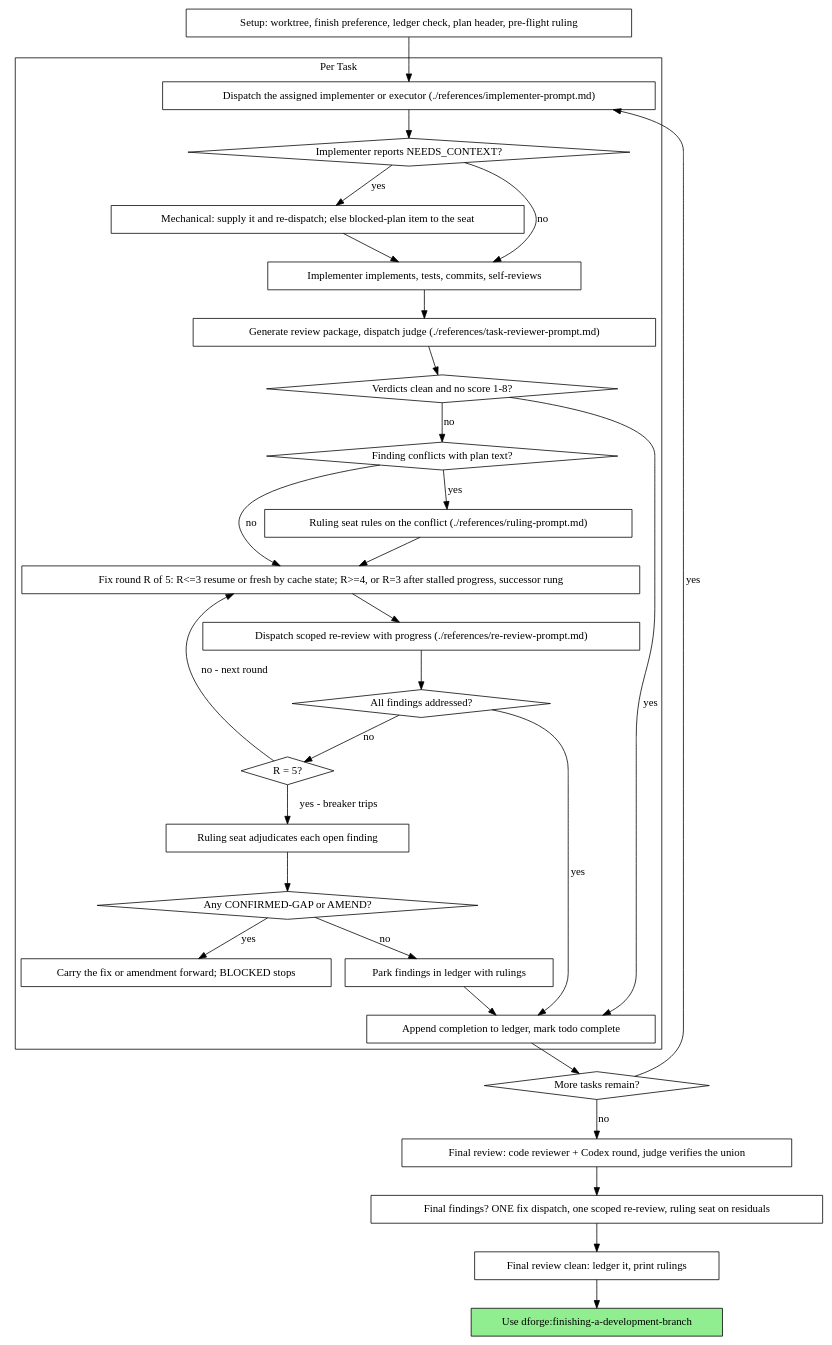
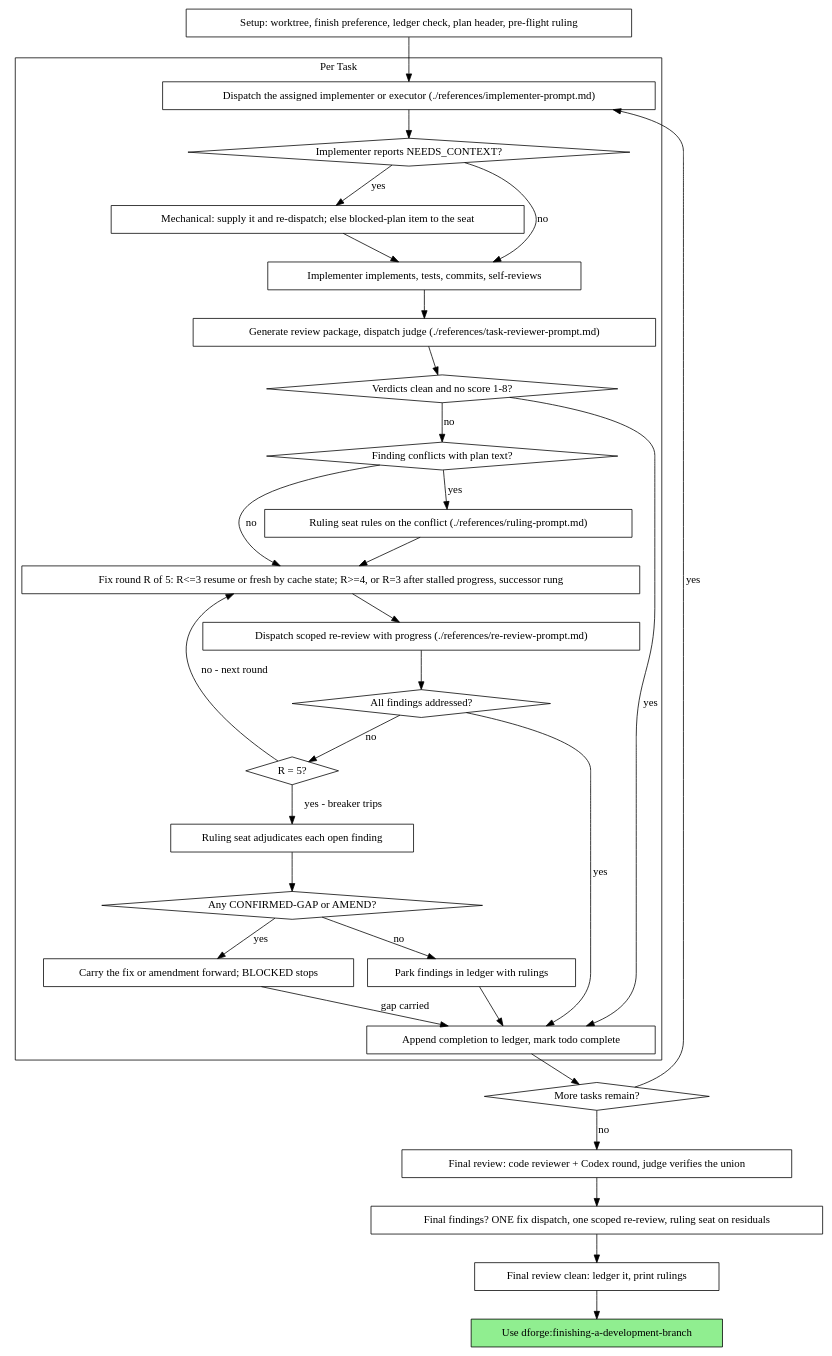
The diagram in plugins/dforge/skills/subagent-driven-development/SKILL.md (darkraise/darkraise-ai-plugins), drawn with Graphviz before and after one commit. The commit also changed 2 other files, not shown here.

Commit message:
docs(dforge): complete a task whose gap is carried
The flow graph had no edge from carrying a breaker gap forward to the
task's completion, and inline mode still had the controller fix every
CONFIRMED-GAP itself. The graph now completes the task, and inline mode
carries a delegated task's gap as subagent mode does, fixing only the
tasks it implements.

````diff
--- a/plugins/dforge/skills/subagent-driven-development/SKILL.md
+++ b/plugins/dforge/skills/subagent-driven-development/SKILL.md
@@ -165,62 +165,63 @@
 ```dot
 digraph process {
     rankdir=TB;
 
     subgraph cluster_per_task {
         label="Per Task";
         "Dispatch the assigned implementer or executor (./references/implementer-prompt.md)" [shape=box];
         "Implementer reports NEEDS_CONTEXT?" [shape=diamond];
         "Mechanical: supply it and re-dispatch; else blocked-plan item to the seat" [shape=box];
         "Implementer implements, tests, commits, self-reviews" [shape=box];
         "Generate review package, dispatch judge (./references/task-reviewer-prompt.md)" [shape=box];
         "Verdicts clean and no score 1-8?" [shape=diamond];
         "Finding conflicts with plan text?" [shape=diamond];
         "Ruling seat rules on the conflict (./references/ruling-prompt.md)" [shape=box];
         "Fix round R of 5: R<=3 resume or fresh by cache state; R>=4, or R=3 after stalled progress, successor rung" [shape=box];
         "Dispatch scoped re-review with progress (./references/re-review-prompt.md)" [shape=box];
         "All findings addressed?" [shape=diamond];
         "R = 5?" [shape=diamond];
         "Ruling seat adjudicates each open finding" [shape=box];
         "Any CONFIRMED-GAP or AMEND?" [shape=diamond];
         "Carry the fix or amendment forward; BLOCKED stops" [shape=box];
         "Park findings in ledger with rulings" [shape=box];
         "Append completion to ledger, mark todo complete" [shape=box];
     }
 
     "Setup: worktree, finish preference, ledger check, plan header, pre-flight ruling" [shape=box];
     "More tasks remain?" [shape=diamond];
     "Final review: code reviewer + Codex round, judge verifies the union" [shape=box];
     "Final findings? ONE fix dispatch, one scoped re-review, ruling seat on residuals" [shape=box];
     "Final review clean: ledger it, print rulings" [shape=box];
     "Use dforge:finishing-a-development-branch" [shape=box style=filled fillcolor=lightgreen];
 
     "Setup: worktree, finish preference, ledger check, plan header, pre-flight ruling" -> "Dispatch the assigned implementer or executor (./references/implementer-prompt.md)";
     "Dispatch the assigned implementer or executor (./references/implementer-prompt.md)" -> "Implementer reports NEEDS_CONTEXT?";
     "Implementer reports NEEDS_CONTEXT?" -> "Mechanical: supply it and re-dispatch; else blocked-plan item to the seat" [label="yes"];
     "Mechanical: supply it and re-dispatch; else blocked-plan item to the seat" -> "Implementer implements, tests, commits, self-reviews";
     "Implementer reports NEEDS_CONTEXT?" -> "Implementer implements, tests, commits, self-reviews" [label="no"];
     "Implementer implements, tests, commits, self-reviews" -> "Generate review package, dispatch judge (./references/task-reviewer-prompt.md)";
     "Generate review package, dispatch judge (./references/task-reviewer-prompt.md)" -> "Verdicts clean and no score 1-8?";
     "Verdicts clean and no score 1-8?" -> "Append completion to ledger, mark todo complete" [label="yes"];
     "Verdicts clean and no score 1-8?" -> "Finding conflicts with plan text?" [label="no"];
     "Finding conflicts with plan text?" -> "Ruling seat rules on the conflict (./references/ruling-prompt.md)" [label="yes"];
     "Ruling seat rules on the conflict (./references/ruling-prompt.md)" -> "Fix round R of 5: R<=3 resume or fresh by cache state; R>=4, or R=3 after stalled progress, successor rung";
     "Finding conflicts with plan text?" -> "Fix round R of 5: R<=3 resume or fresh by cache state; R>=4, or R=3 after stalled progress, successor rung" [label="no"];
     "Fix round R of 5: R<=3 resume or fresh by cache state; R>=4, or R=3 after stalled progress, successor rung" -> "Dispatch scoped re-review with progress (./references/re-review-prompt.md)";
     "Dispatch scoped re-review with progress (./references/re-review-prompt.md)" -> "All findings addressed?";
     "All findings addressed?" -> "Append completion to ledger, mark todo complete" [label="yes"];
     "All findings addressed?" -> "R = 5?" [label="no"];
     "R = 5?" -> "Fix round R of 5: R<=3 resume or fresh by cache state; R>=4, or R=3 after stalled progress, successor rung" [label="no - next round"];
     "R = 5?" -> "Ruling seat adjudicates each open finding" [label="yes - breaker trips"];
     "Ruling seat adjudicates each open finding" -> "Any CONFIRMED-GAP or AMEND?";
     "Any CONFIRMED-GAP or AMEND?" -> "Carry the fix or amendment forward; BLOCKED stops" [label="yes"];
+    "Carry the fix or amendment forward; BLOCKED stops" -> "Append completion to ledger, mark todo complete" [label="gap carried"];
     "Any CONFIRMED-GAP or AMEND?" -> "Park findings in ledger with rulings" [label="no"];
     "Park findings in ledger with rulings" -> "Append completion to ledger, mark todo complete";
     "Append completion to ledger, mark todo complete" -> "More tasks remain?";
     "More tasks remain?" -> "Dispatch the assigned implementer or executor (./references/implementer-prompt.md)" [label="yes"];
     "More tasks remain?" -> "Final review: code reviewer + Codex round, judge verifies the union" [label="no"];
     "Final review: code reviewer + Codex round, judge verifies the union" -> "Final findings? ONE fix dispatch, one scoped re-review, ruling seat on residuals";
     "Final findings? ONE fix dispatch, one scoped re-review, ruling seat on residuals" -> "Final review clean: ledger it, print rulings";
     "Final review clean: ledger it, print rulings" -> "Use dforge:finishing-a-development-branch";
 }
 ```
````
